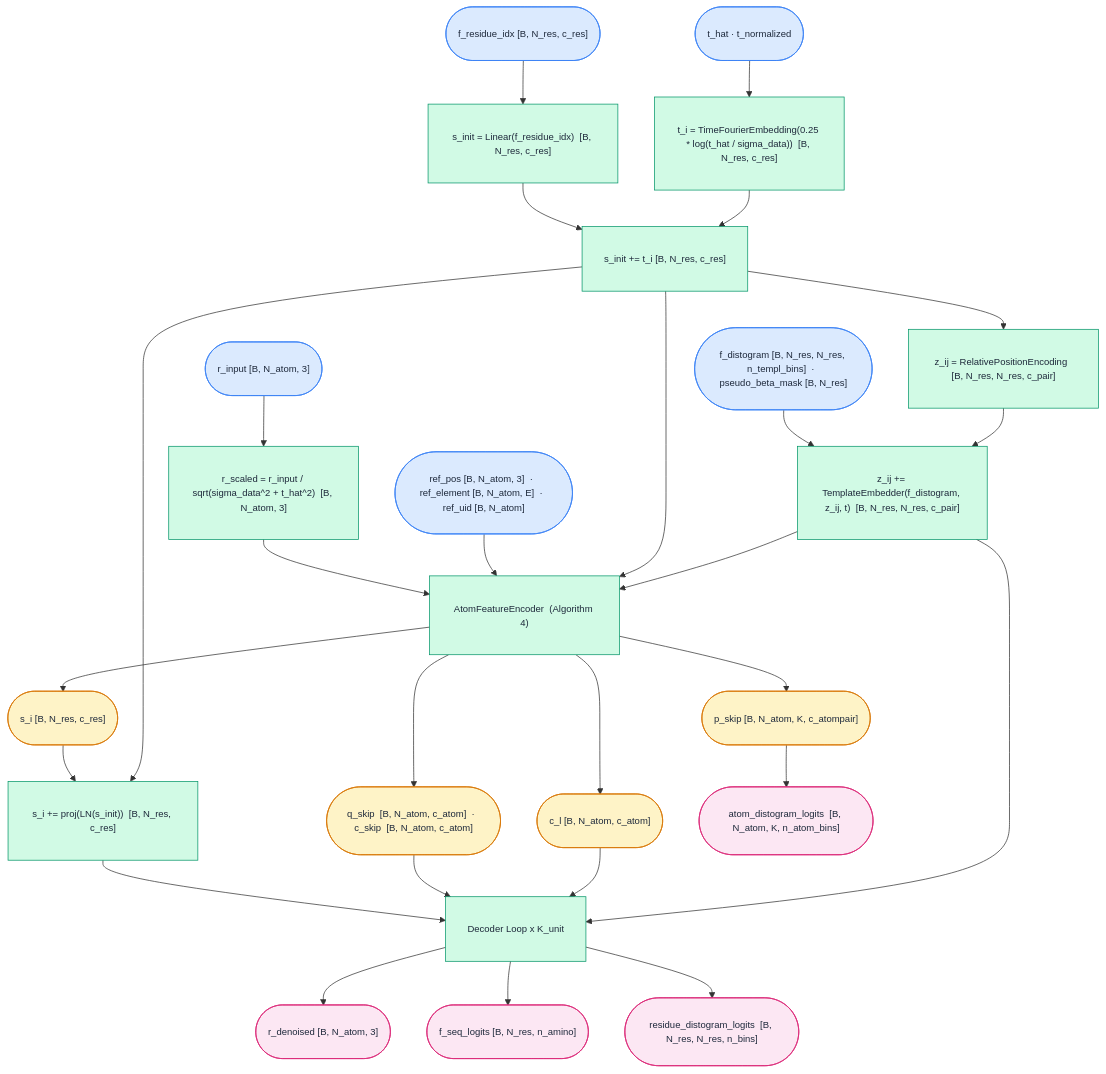
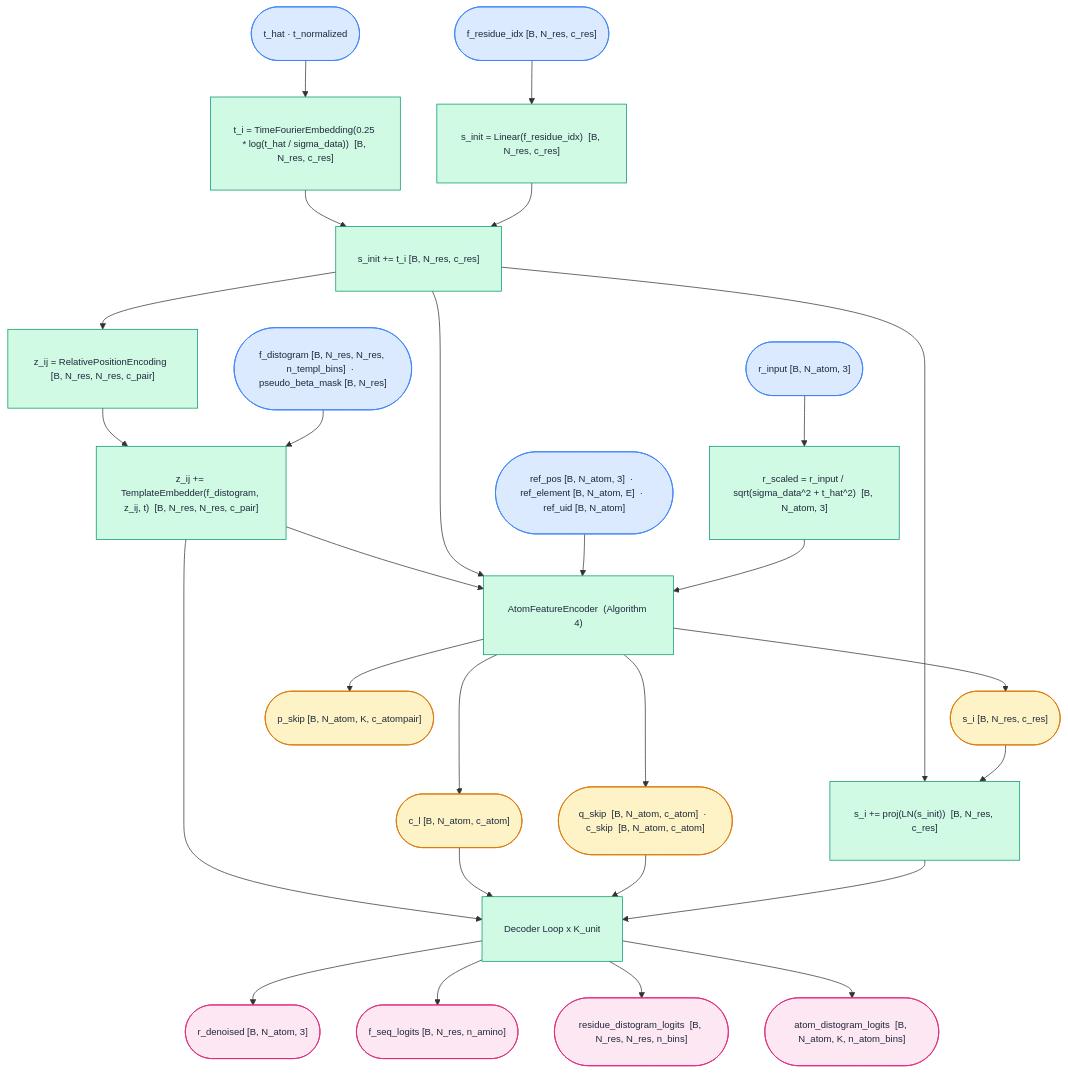
Before and after one commit to tmatteso/diffusion: the first of 3 diagrams in docs/architecture.rst, drawn with Mermaid. The commit also changed other lines of this file and 11 other files, not shown here.

```diff
--- a/docs/architecture.rst
+++ b/docs/architecture.rst
@@ -16,45 +16,45 @@
 .. mermaid::
 
    flowchart TD
        classDef inp  fill:#dbeafe,stroke:#3b82f6,color:#1e293b,font-size:13px,padding:8px
        classDef proc fill:#d1fae5,stroke:#059669,color:#1e293b,font-size:13px,padding:8px
        classDef skip fill:#fef3c7,stroke:#d97706,color:#1e293b,font-size:13px,padding:8px
        classDef out  fill:#fce7f3,stroke:#db2777,color:#1e293b,font-size:13px,padding:8px
 
        I1(["r_input  [B, N_atom, 3]"]):::inp
        I2(["f_residue_idx  [B, N_res, c_res]"]):::inp
        I3(["f_distogram [B, N_res, N_res, n_templ_bins]  ·  pseudo_beta_mask [B, N_res]"]):::inp
        I4(["ref_pos [B, N_atom, 3]  ·  ref_element [B, N_atom, E]  ·  ref_uid [B, N_atom]"]):::inp
        I5(["t_hat  ·  t_normalized"]):::inp
 
        I1  --> P1["r_scaled = r_input / sqrt(sigma_data^2 + t_hat^2)  [B, N_atom, 3]"]:::proc
        I2  --> P2["s_init = Linear(f_residue_idx)  [B, N_res, c_res]"]:::proc
        I5  --> P3["t_i = TimeFourierEmbedding(0.25 * log(t_hat / sigma_data))  [B, N_res, c_res]"]:::proc
        P2  --> P4["s_init += t_i  [B, N_res, c_res]"]:::proc
        P3  --> P4
 
        P4  --> P5["z_ij = RelativePositionEncoding  [B, N_res, N_res, c_pair]"]:::proc
        I3  --> P6["z_ij += TemplateEmbedder(f_distogram, z_ij, t)  [B, N_res, N_res, c_pair]"]:::proc
        P5  --> P6
 
        P1  --> P7["AtomFeatureEncoder  (Algorithm 4)"]:::proc
        I4  --> P7
        P4  --> P7
        P6  --> P7
        P7  --> SK1(["s_i  [B, N_res, c_res]"]):::skip
        P7  --> SK2(["q_skip  [B, N_atom, c_atom]  ·  c_skip  [B, N_atom, c_atom]"]):::skip
        P7  --> SK3(["p_skip  [B, N_atom, K, c_atompair]"]):::skip
        P7  --> SK4(["c_l  [B, N_atom, c_atom]"]):::skip
 
        SK1 --> P8["s_i += proj(LN(s_init))  [B, N_res, c_res]"]:::proc
        P4  --> P8
 
        P8  --> DL["Decoder Loop x K_unit"]:::proc
        SK2 --> DL
        SK4 --> DL
        P6  --> DL
 
        DL  --> O1(["r_denoised  [B, N_atom, 3]"]):::out
        DL  --> O2(["f_seq_logits  [B, N_res, n_amino]"]):::out
        DL  --> O3(["residue_distogram_logits  [B, N_res, N_res, n_bins]"]):::out
-       SK3 --> O4(["atom_distogram_logits  [B, N_atom, K, n_atom_bins]"]):::out
+       DL  --> O4(["atom_distogram_logits  [B, N_atom, K, n_atom_bins]"]):::out
```
